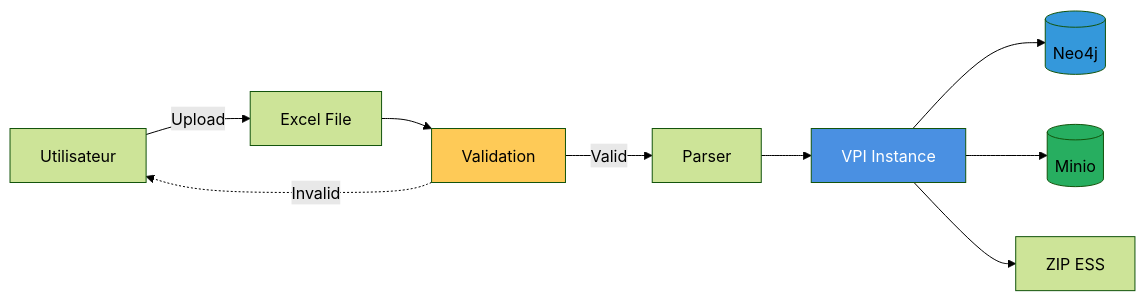
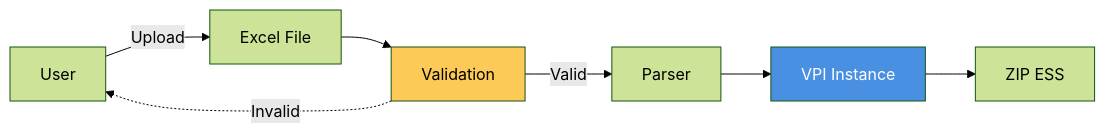
Before and after one commit to infrasoftbe/vnv-doc: diagram 12 of 13 in vnv-doc-content/blog/posts/Validation procedures.md, drawn with Mermaid (forest theme). The commit also changed other lines of this file and 9 other files, not shown here.

````diff
--- a/vnv-doc-content/blog/posts/Validation procedures.md
+++ b/vnv-doc-content/blog/posts/Validation procedures.md
@@ -783,26 +820,20 @@
 ```mermaid
 graph LR
-    USER[Utilisateur]
+    USER[User]
     EXCEL[Excel File]
     VALIDATOR[Validation]
     PARSER[Parser]
     VPI[VPI Instance]
-    NEO4J[(Neo4j)]
-    MINIO[(Minio)]
     ZIP[ZIP ESS]
     
     USER -->|Upload| EXCEL
     EXCEL --> VALIDATOR
     VALIDATOR -->|Valid| PARSER
     PARSER --> VPI
-    VPI --> NEO4J
-    VPI --> MINIO
     VPI --> ZIP
     
     VALIDATOR -.->|Invalid| USER
     
     style VALIDATOR fill:#feca57
     style VPI fill:#4a90e2,color:#fff
-    style NEO4J fill:#3498db
-    style MINIO fill:#27ae60
 ```
````
